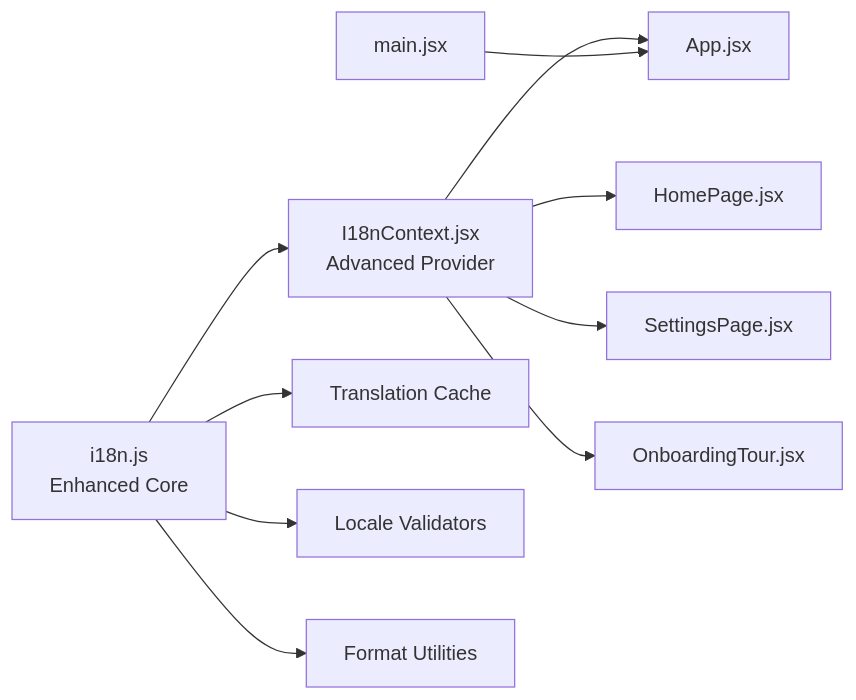
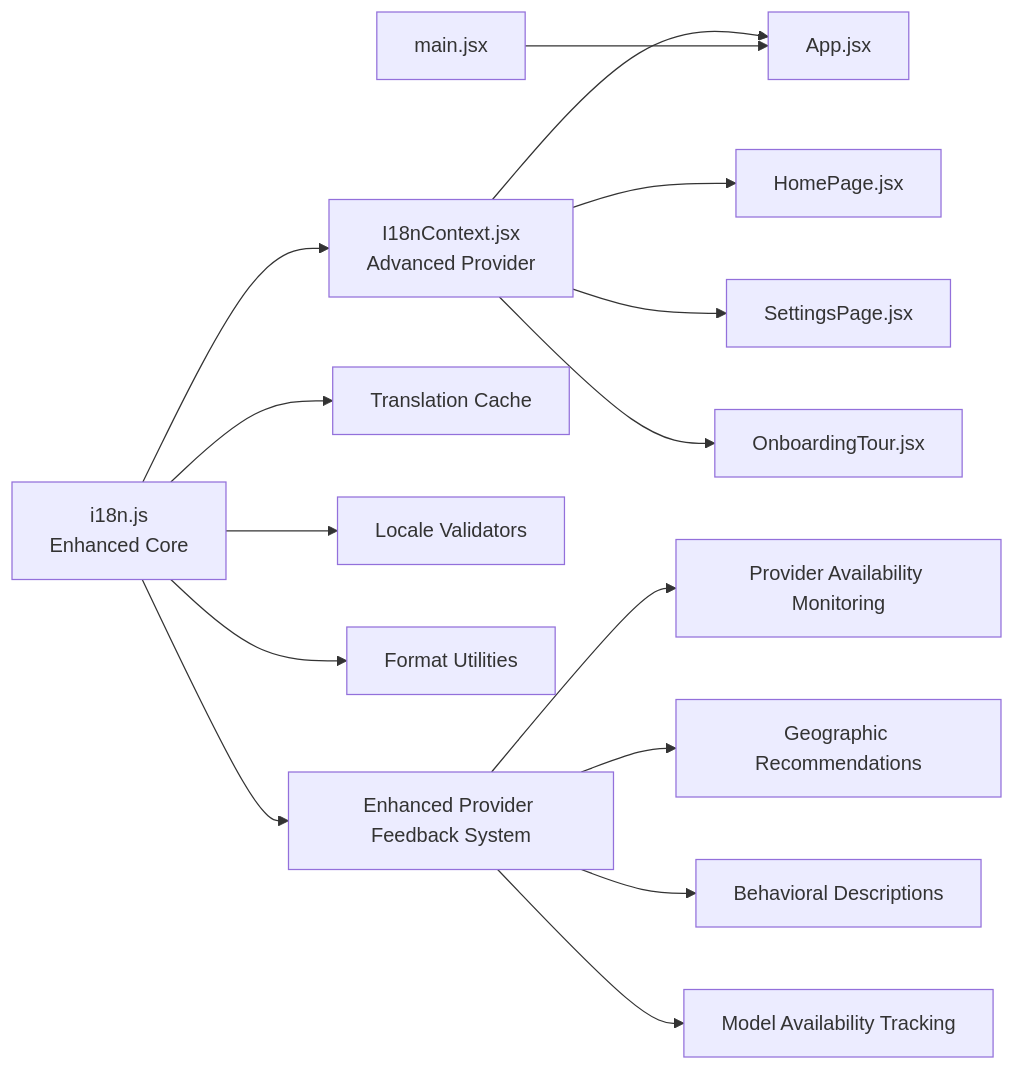
Before and after one commit to zmyeo54/briefroom: the fifth of 5 diagrams in .qoder/repowiki/en/content/Utility Libraries/Internationalization (i18n).md, drawn with Mermaid. The commit also changed other lines of this file and 42 other files, not shown here.

````diff
--- a/.qoder/repowiki/en/content/Utility Libraries/Internationalization (i18n).md
+++ b/.qoder/repowiki/en/content/Utility Libraries/Internationalization (i18n).md
@@ -318,12 +387,17 @@
 ```mermaid
 graph LR
 I18nJS["i18n.js<br/>Enhanced Core"] --> I18nCtx["I18nContext.jsx<br/>Advanced Provider"]
 I18nCtx --> App["App.jsx"]
 I18nCtx --> Home["HomePage.jsx"]
 I18nCtx --> Settings["SettingsPage.jsx"]
 I18nCtx --> Onboarding["OnboardingTour.jsx"]
 Main["main.jsx"] --> App
 I18nJS --> Cache["Translation Cache"]
 I18nJS --> Validators["Locale Validators"]
 I18nJS --> Formatters["Format Utilities"]
+I18nJS --> Feedback["Enhanced Provider Feedback System"]
+Feedback --> ProviderStatus["Provider Availability Monitoring"]
+Feedback --> GeoRecs["Geographic Recommendations"]
+Feedback --> BehavioralDesc["Behavioral Descriptions"]
+Feedback --> ModelAvail["Model Availability Tracking"]
 ```
````
